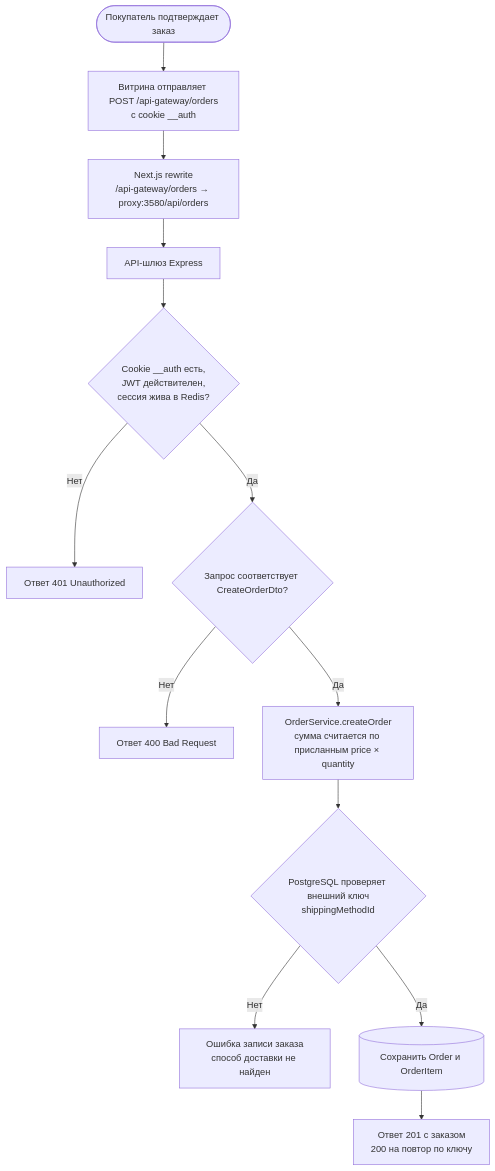
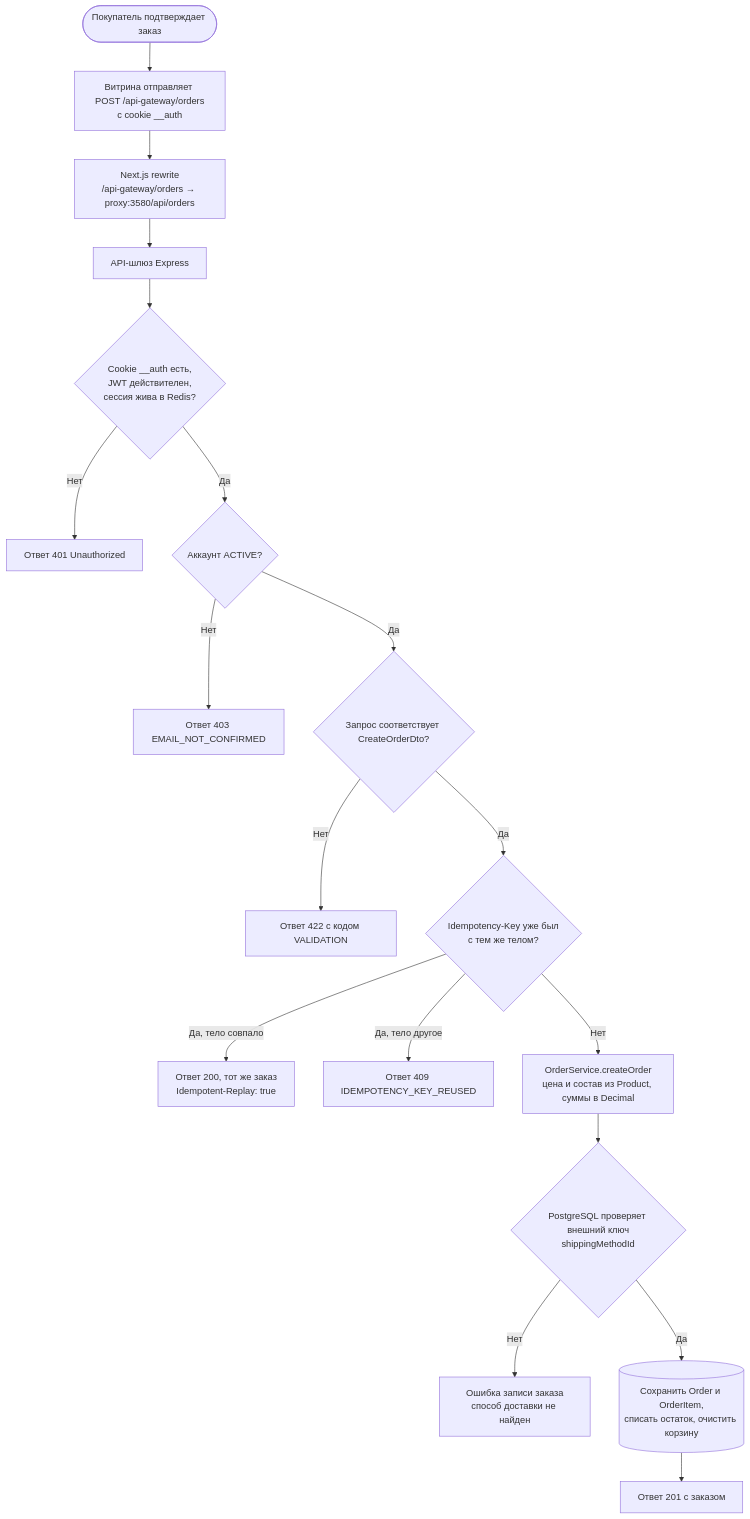
The second of 2 diagrams in docs/DEVELOPMENT.md (sworni1/Astrum), drawn with Mermaid before and after one commit. The commit also changed other lines of this file, not shown here.

````diff
--- a/docs/DEVELOPMENT.md
+++ b/docs/DEVELOPMENT.md
@@ -54,24 +68,34 @@
 ```mermaid
 flowchart TD
     buyer(["Покупатель подтверждает заказ"])
     customer["Витрина отправляет POST /api-gateway/orders<br/>с cookie __auth"]
     rewrite["Next.js rewrite<br/>/api-gateway/orders → proxy:3580/api/orders"]
     api["API-шлюз Express"]
     jwt{"Cookie __auth есть,<br/>JWT действителен,<br/>сессия жива в Redis?"}
     unauthorized["Ответ 401 Unauthorized"]
+    active{"Аккаунт ACTIVE?"}
+    pending["Ответ 403 EMAIL_NOT_CONFIRMED"]
     dto{"Запрос соответствует CreateOrderDto?"}
-    invalid["Ответ 400 Bad Request"]
-    create["OrderService.createOrder<br/>сумма считается по присланным price × quantity"]
+    invalid["Ответ 422 с кодом VALIDATION"]
+    idem{"Idempotency-Key уже был<br/>с тем же телом?"}
+    replay["Ответ 200, тот же заказ<br/>Idempotent-Replay: true"]
+    reused["Ответ 409 IDEMPOTENCY_KEY_REUSED"]
+    create["OrderService.createOrder<br/>цена и состав из Product, суммы в Decimal"]
     fk{"PostgreSQL проверяет внешний ключ<br/>shippingMethodId"}
     fkError["Ошибка записи заказа<br/>способ доставки не найден"]
-    save[("Сохранить Order и OrderItem")]
-    success["Ответ 201 с заказом<br/>200 на повтор по ключу"]
+    save[("Сохранить Order и OrderItem,<br/>списать остаток, очистить корзину")]
+    success["Ответ 201 с заказом"]
 
     buyer --> customer --> rewrite --> api --> jwt
     jwt -->|Нет| unauthorized
-    jwt -->|Да| dto
+    jwt -->|Да| active
+    active -->|Нет| pending
+    active -->|Да| dto
     dto -->|Нет| invalid
-    dto -->|Да| create --> fk
+    dto -->|Да| idem
+    idem -->|Да, тело совпало| replay
+    idem -->|Да, тело другое| reused
+    idem -->|Нет| create --> fk
     fk -->|Нет| fkError
     fk -->|Да| save --> success
 ```
````
